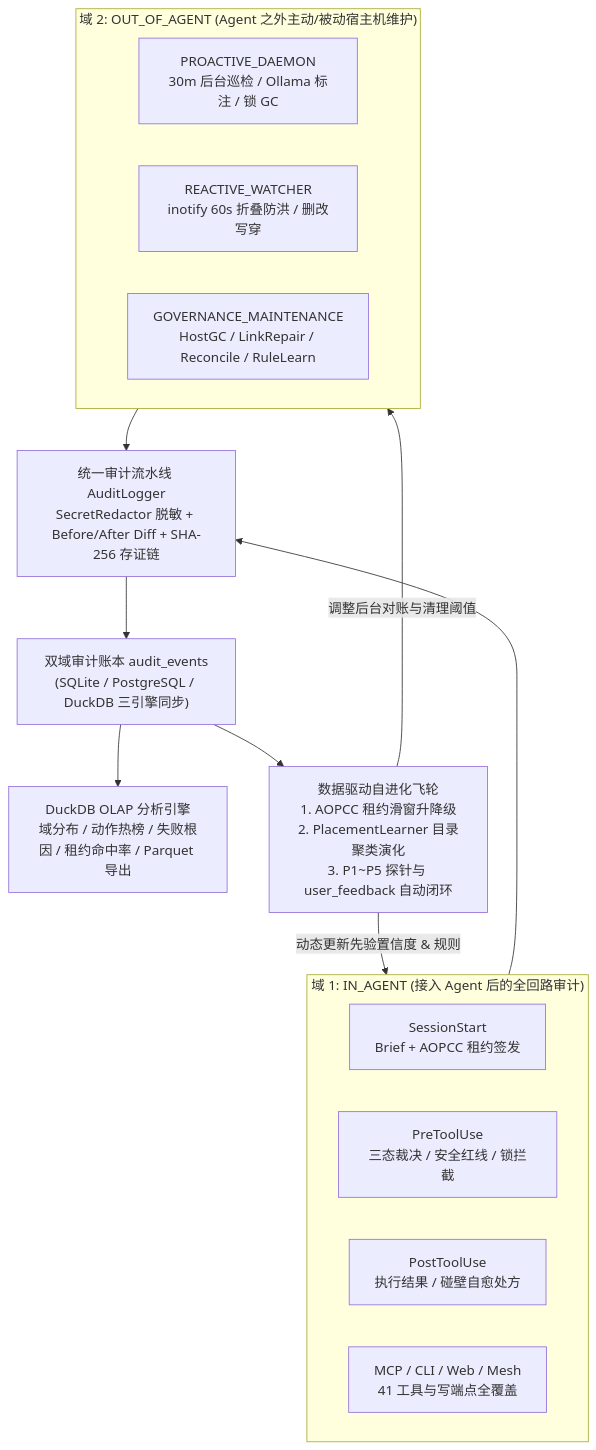
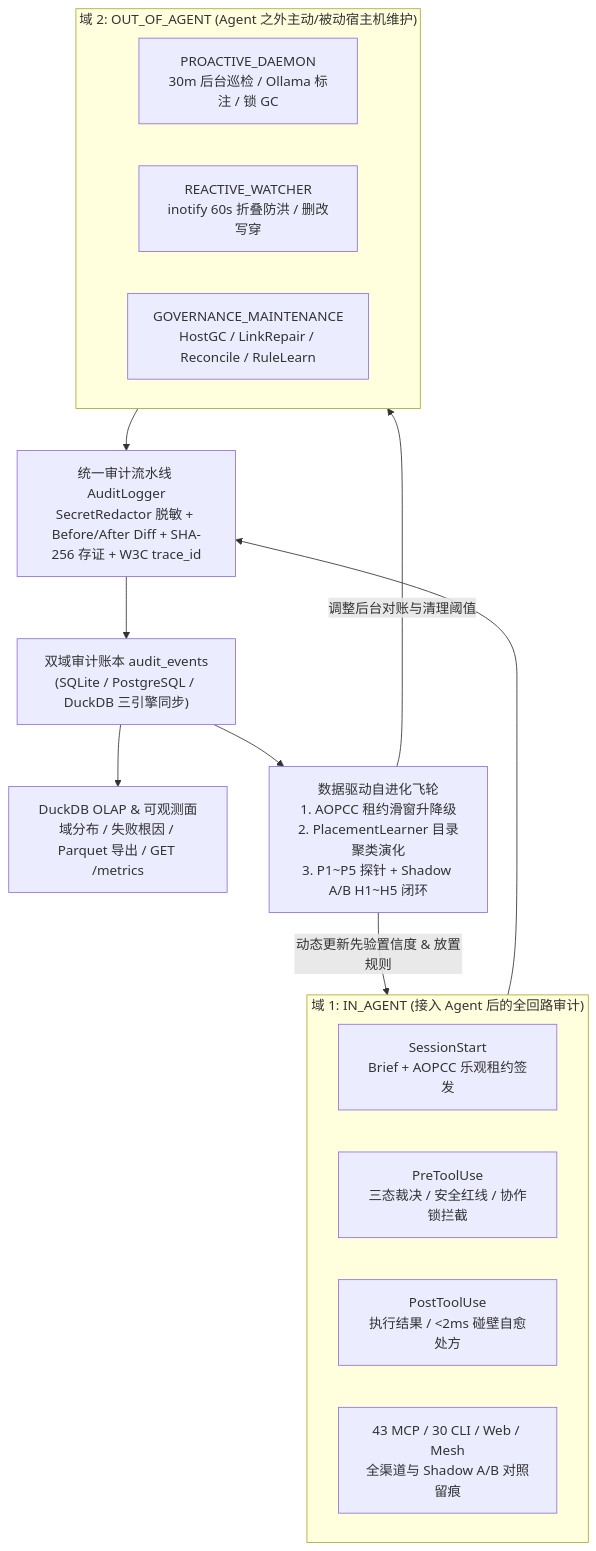
One commit to digoal/agent-body changed the diagram in docs/design_doc/16-dual-domain-audit-and-self-evolution-spec.md. Above: the diagram before and after it, drawn with Mermaid. The commit also changed other lines of this file and 11 other files, not shown here.

````diff
--- a/docs/design_doc/16-dual-domain-audit-and-self-evolution-spec.md
+++ b/docs/design_doc/16-dual-domain-audit-and-self-evolution-spec.md
@@ -45,28 +32,28 @@
 ```mermaid
 flowchart TB
     subgraph IN["域 1: IN_AGENT (接入 Agent 后的全回路审计)"]
-        I1["SessionStart<br/>Brief + AOPCC 租约签发"]
-        I2["PreToolUse<br/>三态裁决 / 安全红线 / 锁拦截"]
-        I3["PostToolUse<br/>执行结果 / 碰壁自愈处方"]
-        I4["MCP / CLI / Web / Mesh<br/>41 工具与写端点全覆盖"]
+        I1["SessionStart<br/>Brief + AOPCC 乐观租约签发"]
+        I2["PreToolUse<br/>三态裁决 / 安全红线 / 协作锁拦截"]
+        I3["PostToolUse<br/>执行结果 / <2ms 碰壁自愈处方"]
+        I4["43 MCP / 30 CLI / Web / Mesh<br/>全渠道与 Shadow A/B 对照留痕"]
     end
 
     subgraph OUT["域 2: OUT_OF_AGENT (Agent 之外主动/被动宿主机维护)"]
         O1["PROACTIVE_DAEMON<br/>30m 后台巡检 / Ollama 标注 / 锁 GC"]
         O2["REACTIVE_WATCHER<br/>inotify 60s 折叠防洪 / 删改写穿"]
         O3["GOVERNANCE_MAINTENANCE<br/>HostGC / LinkRepair / Reconcile / RuleLearn"]
     end
 
-    PIPE["统一审计流水线 AuditLogger<br/>SecretRedactor 脱敏 + Before/After Diff + SHA-256 存证链"]
+    PIPE["统一审计流水线 AuditLogger<br/>SecretRedactor 脱敏 + Before/After Diff + SHA-256 存证 + W3C trace_id"]
     STORE["双域审计账本 audit_events<br/>(SQLite / PostgreSQL / DuckDB 三引擎同步)"]
-    OLAP["DuckDB OLAP 分析引擎<br/>域分布 / 动作热榜 / 失败根因 / 租约命中率 / Parquet 导出"]
-    EVO["数据驱动自进化飞轮<br/>1. AOPCC 租约滑窗升降级<br/>2. PlacementLearner 目录聚类演化<br/>3. P1~P5 探针与 user_feedback 自动闭环"]
+    OLAP["DuckDB OLAP & 可观测面<br/>域分布 / 失败根因 / Parquet 导出 / GET /metrics"]
+    EVO["数据驱动自进化飞轮<br/>1. AOPCC 租约滑窗升降级<br/>2. PlacementLearner 目录聚类演化<br/>3. P1~P5 探针 + Shadow A/B H1~H5 闭环"]
 
     IN --> PIPE
     OUT --> PIPE
     PIPE --> STORE
     STORE --> OLAP
     STORE --> EVO
-    EVO -->|"动态更新先验置信度 & 规则"| IN
+    EVO -->|"动态更新先验置信度 & 放置规则"| IN
     EVO -->|"调整后台对账与清理阈值"| OUT
 ```
````
